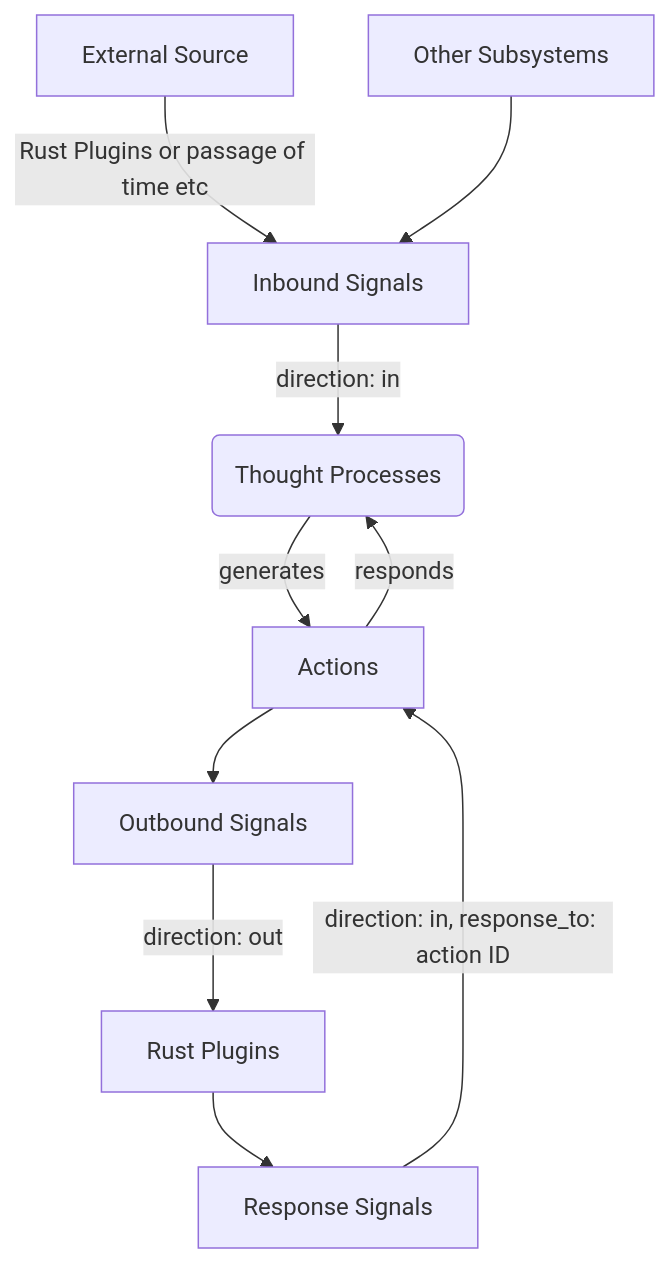
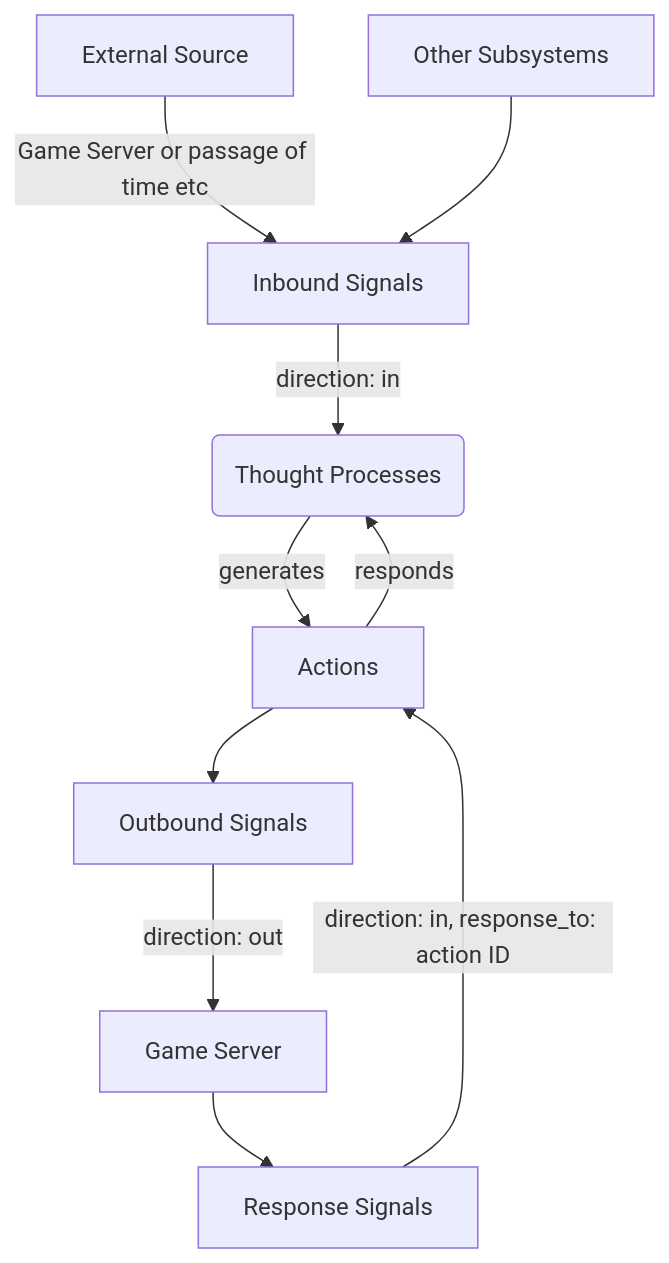
One commit to carlosdp/story-engine changed the diagram in README.md. Above: the diagram before and after it, drawn with Mermaid. The commit also changed other lines of this file and 24 other files, not shown here.

````diff
--- a/README.md
+++ b/README.md
@@ -35,12 +24,12 @@
 ```mermaid
 graph TD
   A[Inbound Signals] -->|direction: in| B(Thought Processes)
-  A1[External Source] -->|Rust Plugins or passage of time etc| A
+  A1[External Source] -->|Game Server or passage of time etc| A
   A2[Other Subsystems] --> A
   B -->|generates| C[Actions]
   C -->|responds| B
   C --> D[Outbound Signals]
-  D -->|direction: out| E[Rust Plugins]
+  D -->|direction: out| E[Game Server]
   E --> F[Response Signals]
   F -->|direction: in, response_to: action ID| C
 ```
````
